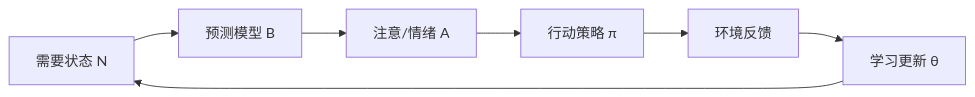
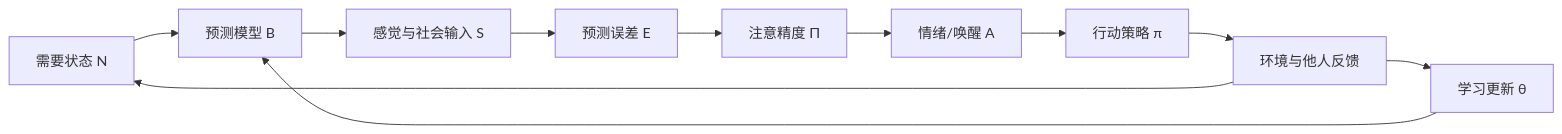
Before and after one commit to pengjizhang/pengjizhang.github.io: the diagram in psychology-unified-model.md, drawn with Mermaid. The commit also changed other lines of this file, not shown here.

````diff
--- a/psychology-unified-model.md
+++ b/psychology-unified-model.md
@@ -34,9 +106,13 @@
 ```mermaid
 flowchart LR
-    A[需要状态 N] --> B[预测模型 B]
-    B --> C[注意/情绪 A]
-    C --> D[行动策略 π]
-    D --> E[环境反馈]
-    E --> F[学习更新 θ]
-    F --> A
+    N[需要状态 N] --> B[预测模型 B]
+    B --> S[感觉与社会输入 S]
+    S --> E[预测误差 E]
+    E --> P[注意精度 Π]
+    P --> A[情绪/唤醒 A]
+    A --> ACT[行动策略 π]
+    ACT --> ENV[环境与他人反馈]
+    ENV --> L[学习更新 θ]
+    L --> B
+    ENV --> N
 ```
````
